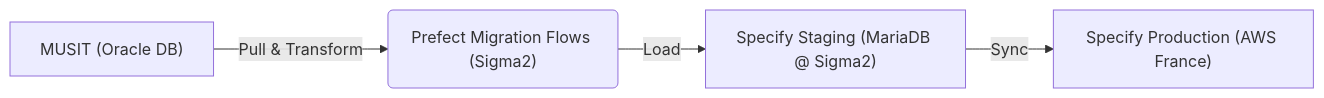
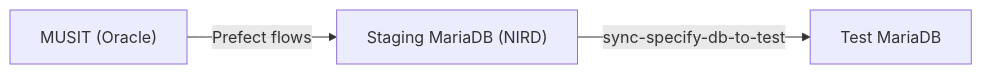
One commit to UniMus-Natur/migration changed the diagram in docs/architecture.md. Above: the diagram before and after it, drawn with Mermaid. The commit also changed other lines of this file and 14 other files, not shown here.

First line of the commit message:
feat: update unimus-specify chart and documentation for improved deployment and migration processes

````diff
--- a/docs/architecture.md
+++ b/docs/architecture.md
@@ -16,6 +16,5 @@
 ```mermaid
 graph LR
-    A["MUSIT (Oracle DB)"] -->|Pull & Transform| B("Prefect Migration Flows (Sigma2)")
-    B -->|Load| C["Specify Staging (MariaDB @ Sigma2)"]
-    C -->|Sync| D["Specify Production (AWS France)"]
+    A["MUSIT (Oracle)"] -->|Prefect flows| B["Staging MariaDB (NIRD)"]
+    B -->|sync-specify-db-to-test| C["Test MariaDB"]
 ```
````
